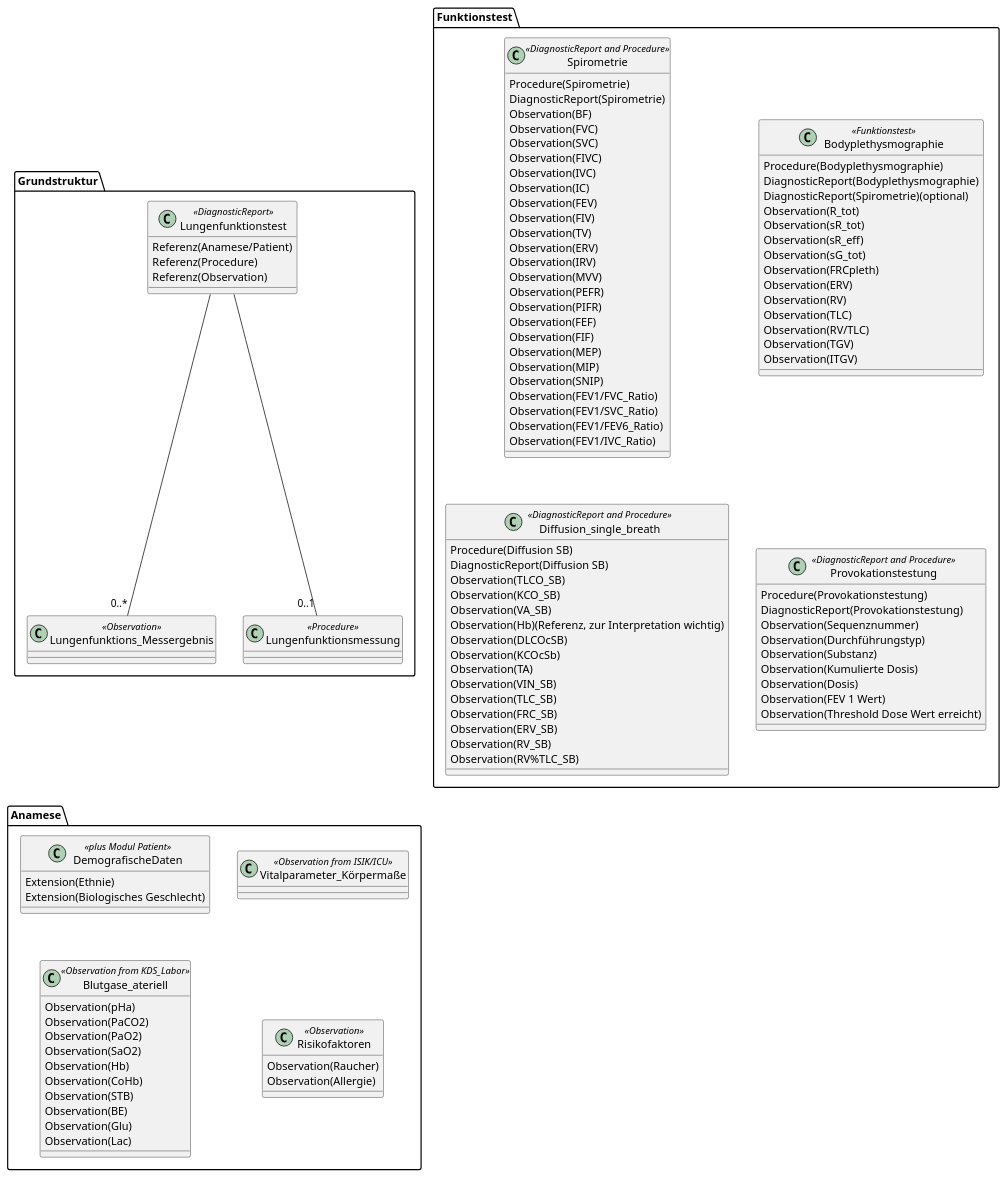
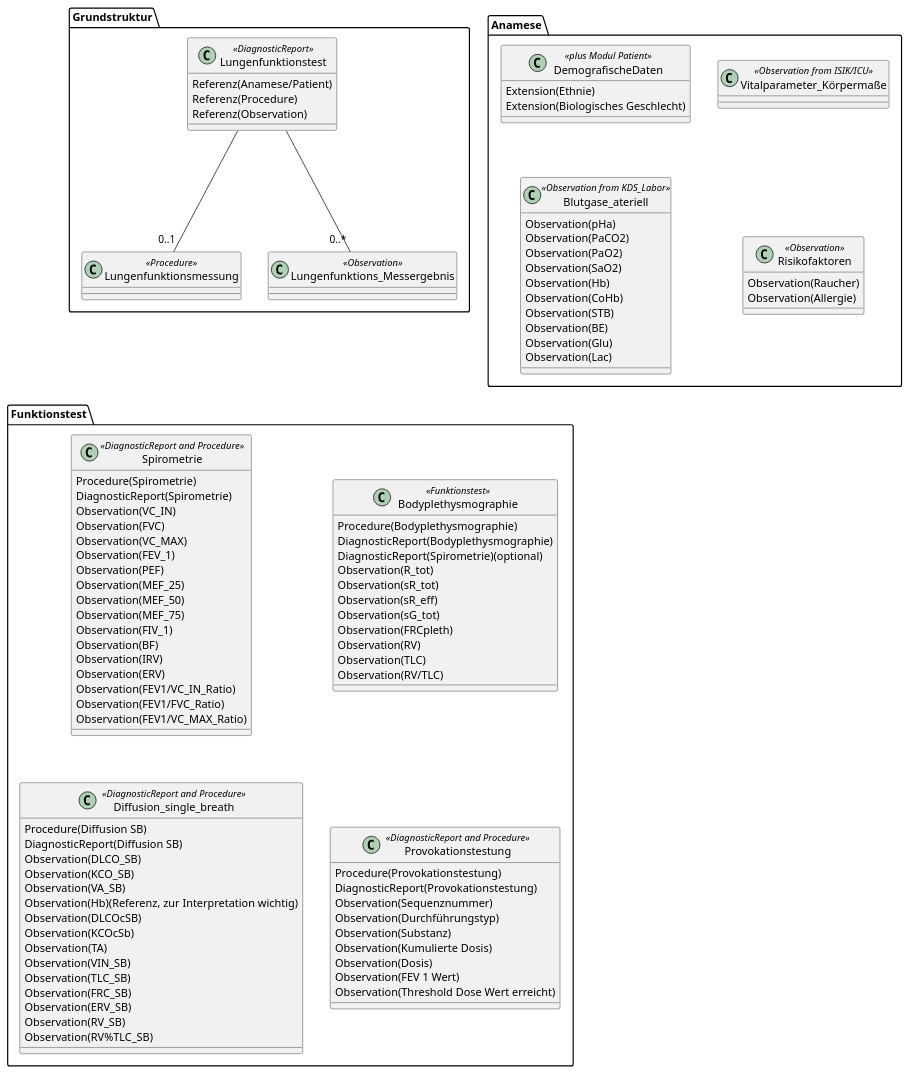
Before and after one commit to medizininformatik-initiative/kerndatensatz-lungenfunktion: the diagram in UML/UML_Lungenfunktion.plantuml, drawn with PlantUML.

Commit message:
Final UML changes

```diff
--- a/UML/UML_Lungenfunktion.plantuml
+++ b/UML/UML_Lungenfunktion.plantuml
@@ -1,119 +1,107 @@
 @startuml
 package "Grundstruktur"{
     class Lungenfunktionstest <<DiagnosticReport>>{
         {field} Referenz(Anamese/Patient)
         {field} Referenz(Procedure)
         {field} Referenz(Observation)
     }
     class Lungenfunktionsmessung <<Procedure>>
     class Lungenfunktions_Messergebnis <<Observation>>
 }
 package "Funktionstest" {
     class Bodyplethysmographie <<Funktionstest>>{
         {field} Procedure(Bodyplethysmographie)
         {field} DiagnosticReport(Bodyplethysmographie)
         {field} DiagnosticReport(Spirometrie)(optional)
         {field} Observation(R_tot)
         {field} Observation(sR_tot)
         {field} Observation(sR_eff)
         {field} Observation(sG_tot)
         {field} Observation(FRCpleth)
-        {field} Observation(ERV)
         {field} Observation(RV)
         {field} Observation(TLC)
         {field} Observation(RV/TLC)
-        {field} Observation(TGV)
-        {field} Observation(ITGV)
     }
     class Spirometrie <<DiagnosticReport and Procedure>>{
         {field} Procedure(Spirometrie)
         {field} DiagnosticReport(Spirometrie)
+        {field} Observation(VC_IN)
+        {field} Observation(FVC)
+        {field} Observation(VC_MAX)
+        {field} Observation(FEV_1)
+        {field} Observation(PEF)
+        {field} Observation(MEF_25)
+        {field} Observation(MEF_50)
+        {field} Observation(MEF_75)
+        {field} Observation(FIV_1)
         {field} Observation(BF)
-        {field} Observation(FVC)
-        {field} Observation(SVC)
-        {field} Observation(FIVC)
-        {field} Observation(IVC)
-        {field} Observation(IC)
-        {field} Observation(FEV)
-        {field} Observation(FIV)
-        {field} Observation(TV)
+        {field} Observation(IRV)
         {field} Observation(ERV)
-        {field} Observation(IRV)
-        {field} Observation(MVV)
-        {field} Observation(PEFR)
-        {field} Observation(PIFR)
-        {field} Observation(FEF)
-        {field} Observation(FIF)
-        {field} Observation(MEP)
-        {field} Observation(MIP)
-        {field} Observation(SNIP)
+        {field} Observation(FEV1/VC_IN_Ratio)
         {field} Observation(FEV1/FVC_Ratio)
-        {field} Observation(FEV1/SVC_Ratio)
-        {field} Observation(FEV1/FEV6_Ratio)
-        {field} Observation(FEV1/IVC_Ratio)
+        {field} Observation(FEV1/VC_MAX_Ratio)
     }
     class Diffusion_single_breath <<DiagnosticReport and Procedure>> {
         {field} Procedure(Diffusion SB)
         {field} DiagnosticReport(Diffusion SB)
-        {field} Observation(TLCO_SB)
+        {field} Observation(DLCO_SB)
         {field} Observation(KCO_SB)
         {field} Observation(VA_SB)
         {field} Observation(Hb)(Referenz, zur Interpretation wichtig)
         {field} Observation(DLCOcSB)
         {field} Observation(KCOcSb)
         {field} Observation(TA)
         {field} Observation(VIN_SB)
         {field} Observation(TLC_SB)
         {field} Observation(FRC_SB)
         {field} Observation(ERV_SB)
         {field} Observation(RV_SB)
         {field} Observation(RV%TLC_SB)
     }
     class Provokationstestung <<DiagnosticReport and Procedure>> {
         {field} Procedure(Provokationstestung)
         {field} DiagnosticReport(Provokationstestung)
         {field} Observation(Sequenznummer)
         {field} Observation(Durchführungstyp)
         {field} Observation(Substanz)
         {field} Observation(Kumulierte Dosis)
         {field} Observation(Dosis)
         {field} Observation(FEV 1 Wert)
         {field} Observation(Threshold Dose Wert erreicht)
     }
 }
 
 package "Anamese"{
     class Vitalparameter_Körpermaße <<Observation from ISIK/ICU>>
 
     class DemografischeDaten <<plus Modul Patient>> {
         {field} Extension(Ethnie)
         {field} Extension(Biologisches Geschlecht)
     }
 
     class Risikofaktoren <<Observation>> {
         {field} Observation(Raucher)
         {field} Observation(Allergie)
     }
     class Blutgase_ateriell <<Observation from KDS_Labor>> {
         {field} Observation(pHa)
         {field} Observation(PaCO2)
         {field} Observation(PaO2)
         {field} Observation(SaO2)
         {field} Observation(Hb)
         {field} Observation(CoHb)
         {field} Observation(STB)
         {field} Observation(BE)
         {field} Observation(Glu)
         {field} Observation(Lac)
     }
 }
 
 Lungenfunktionstest -- "0..1" Lungenfunktionsmessung
 Lungenfunktionstest -- "0..*" Lungenfunktions_Messergebnis
-Lungenfunktionsmessung -[hidden]d- Vitalparameter_Körpermaße
-Lungenfunktions_Messergebnis -[hidden]r- Diffusion_single_breath
 Vitalparameter_Körpermaße -[hidden]d- Risikofaktoren
 DemografischeDaten -[hidden]d- Blutgase_ateriell
 Spirometrie -[hidden]d- Diffusion_single_breath
 Bodyplethysmographie -[hidden]d- Provokationstestung
+Lungenfunktionsmessung -[hidden]d- Spirometrie
 @enduml
```
